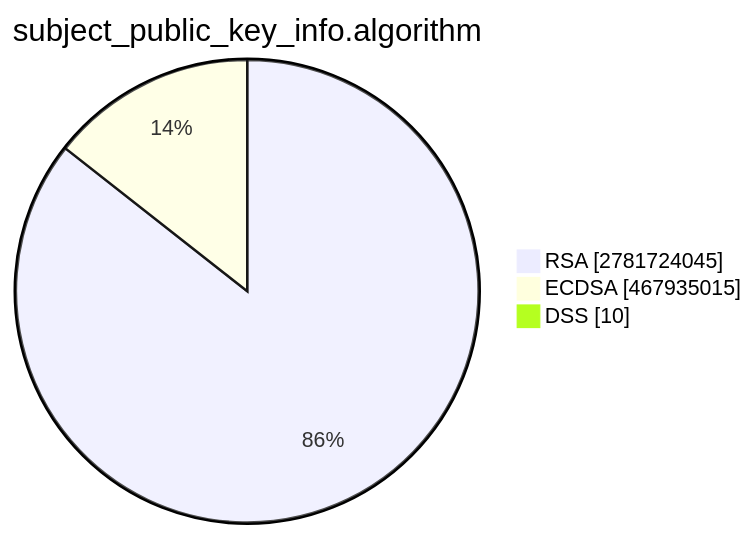
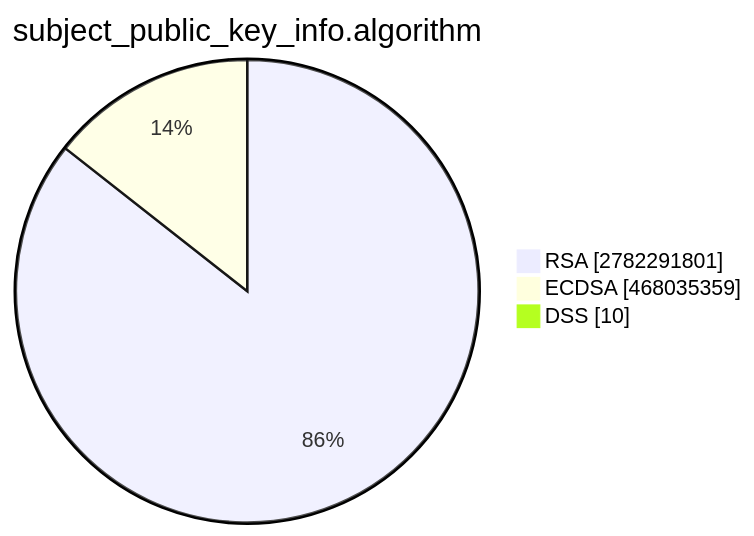
One commit to christiankrug/ctmonitor_visualization changed the second of 15 diagrams in TOTAL/README.md. Above: the diagram before and after it, drawn with Mermaid. The commit also changed other lines of this file, not shown here.

````diff
--- a/TOTAL/README.md
+++ b/TOTAL/README.md
@@ -6,7 +6,7 @@
 ```mermaid
 pie showData
 title subject_public_key_info.algorithm
-"RSA" :2781724045
-"ECDSA" :467935015
+"RSA" :2782291801
+"ECDSA" :468035359
 "DSS" :10
 ```
````
